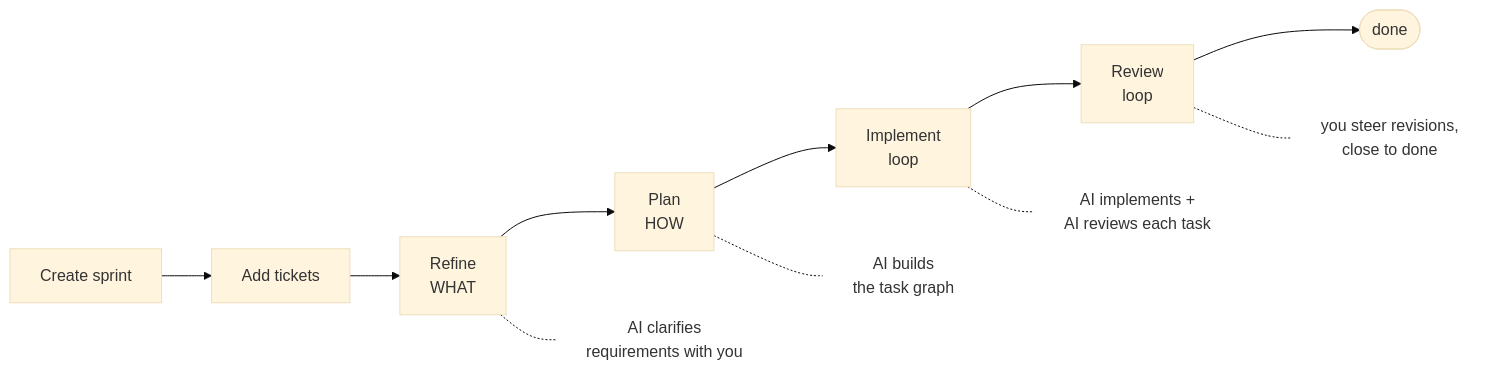
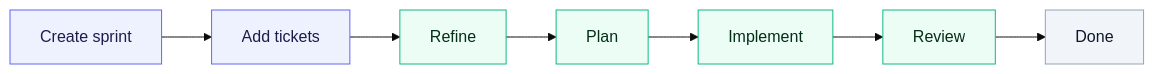
Before and after one commit to lukas-grigis/ralphctl: the first of 2 diagrams in README.md, drawn with Mermaid (base theme). The commit also changed other lines of this file and 1 other file, not shown here.

First line of the commit message:
docs(readme): rebalance the provider sections and simplify the diagrams

````diff
--- a/README.md
+++ b/README.md
@@ -159,17 +142,11 @@
 ```mermaid
 flowchart LR
-    A[Create sprint] --> B[Add tickets]
-    B --> C[Refine<br>WHAT]
-    C --> D[Plan<br>HOW]
-    D --> E[Implement<br>loop]
-    E --> F[Review<br>loop]
-    F --> G([done])
+    A[Create sprint] --> B[Add tickets] --> C[Refine] --> D[Plan] --> E[Implement] --> F[Review] --> G[Done]
 
-    C -.- c1[AI clarifies<br>requirements with you]
-    D -.- d1[AI builds<br>the task graph]
-    E -.- e1[AI implements +<br>AI reviews each task]
-    F -.- f1[you steer revisions,<br>close to done]
-
-    classDef note fill:none,stroke:none
-    class c1,d1,e1,f1 note
+    classDef you fill:#eef2ff,stroke:#6366f1,color:#1e1b4b
+    classDef ai fill:#ecfdf5,stroke:#10b981,color:#052e16
+    classDef end_ fill:#f1f5f9,stroke:#94a3b8,color:#0f172a
+    class A,B you
+    class C,D,E,F ai
+    class G end_
 ```
````
